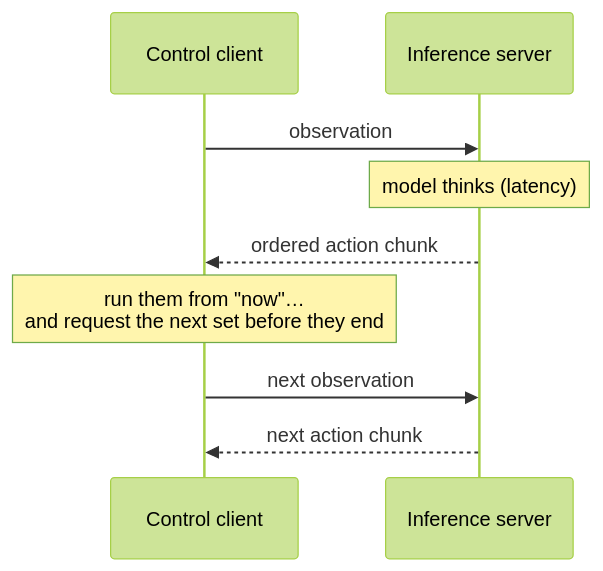
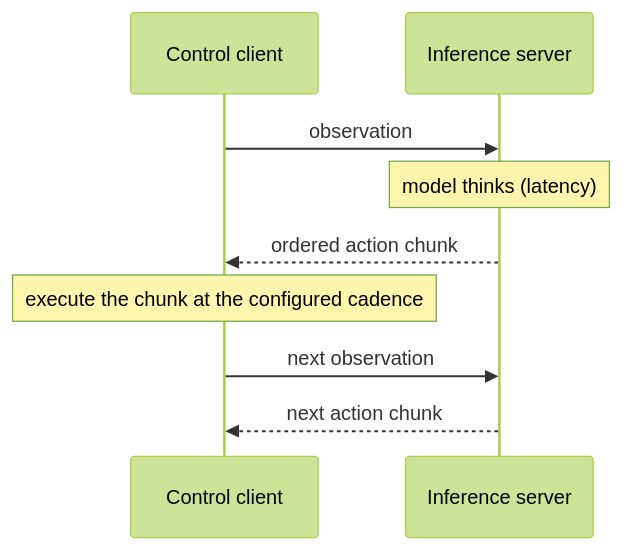
The second of 2 diagrams in docs/connect-your-model.md (Positronic-Robotics/positronic), drawn with Mermaid (forest theme) before and after one commit. The commit also changed other lines of this file and 2 other files, not shown here.

````diff
--- a/docs/connect-your-model.md
+++ b/docs/connect-your-model.md
@@ -67,11 +67,11 @@
 ```mermaid
 sequenceDiagram
     participant C as Control client
     participant S as Inference server
     C->>S: observation
     Note over S: model thinks (latency)
     S-->>C: ordered action chunk
-    Note over C: run them from "now"…<br/>and request the next set before they end
+    Note over C: execute the chunk at the configured cadence
     C->>S: next observation
     S-->>C: next action chunk
 ```
````
